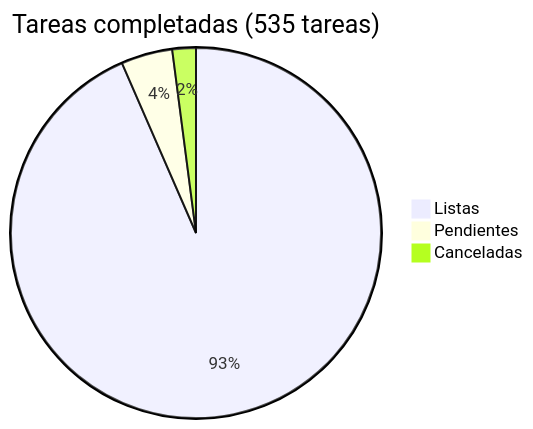
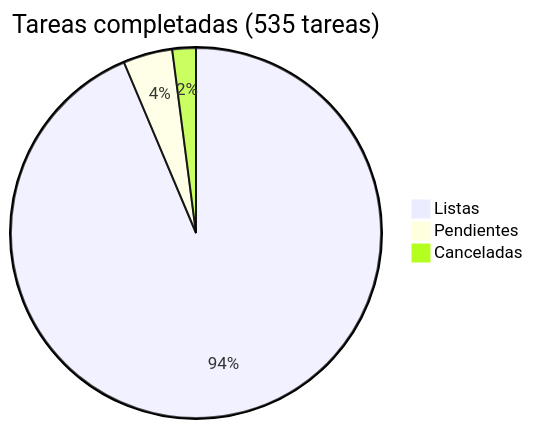
One commit to araguaney-org/araguaney changed the diagram in docs/roadmap/README.md. Above: the diagram before and after it, drawn with Mermaid. The commit also changed other lines of this file and 2 other files, not shown here.

Commit message:
docs: record the managed WAF ruleset moving from log to block (#384)

````diff
--- a/docs/roadmap/README.md
+++ b/docs/roadmap/README.md
@@ -5,6 +5,6 @@
 ```mermaid
 pie title Tareas completadas (535 tareas)
-    "Listas" : 500
-    "Pendientes" : 24
+    "Listas" : 501
+    "Pendientes" : 23
     "Canceladas" : 11
 ```
````
